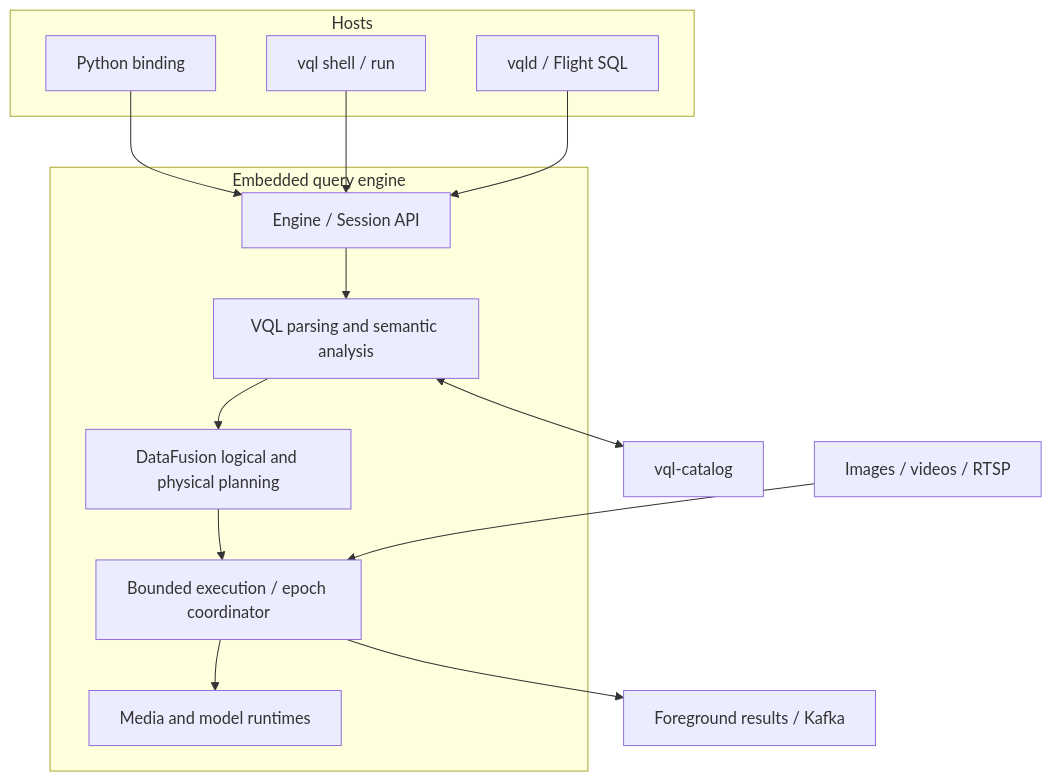
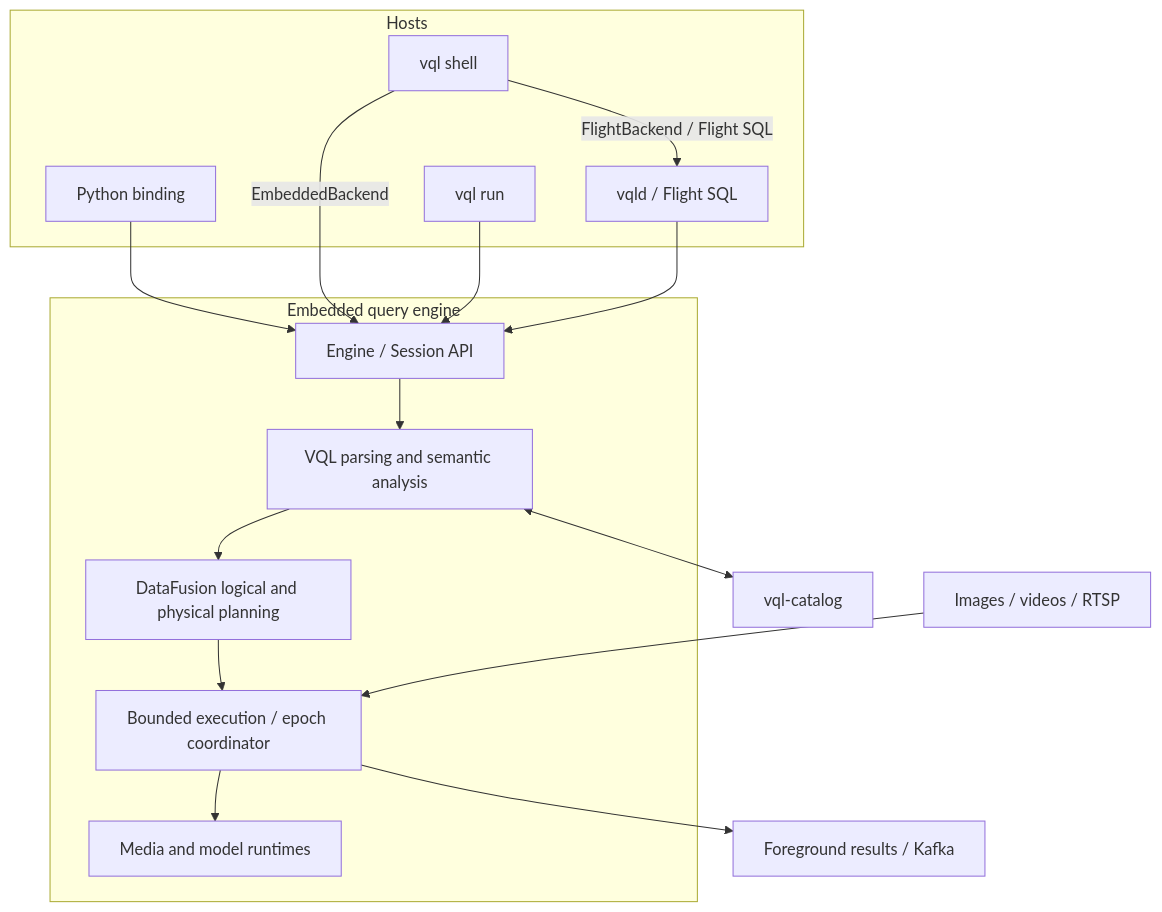
Before and after one commit to zhenlohuang/visionql: the diagram in docs/high_level_design.md, drawn with Mermaid. The commit also changed other lines of this file and 16 other files, not shown here.

````diff
--- a/docs/high_level_design.md
+++ b/docs/high_level_design.md
@@ -40,29 +40,32 @@
 ```mermaid
 flowchart TB
     subgraph HOSTS["Hosts"]
         PY["Python binding"]
-        CLI["vql shell / run"]
+        SHELL["vql shell"]
+        RUN["vql run"]
         DAEMON["vqld / Flight SQL"]
     end
 
     subgraph CORE["Embedded query engine"]
         ENTRY["Engine / Session API"]
         SQL["VQL parsing and semantic analysis"]
         PLAN["DataFusion logical and physical planning"]
         EXEC["Bounded execution / epoch coordinator"]
         RUNTIME["Media and model runtimes"]
     end
 
     CAT["vql-catalog"]
     SOURCES["Images / videos / RTSP"]
     SINKS["Foreground results / Kafka"]
 
     PY --> ENTRY
-    CLI --> ENTRY
+    SHELL -->|EmbeddedBackend| ENTRY
+    SHELL -->|FlightBackend / Flight SQL| DAEMON
+    RUN --> ENTRY
     DAEMON --> ENTRY
     ENTRY --> SQL
     SQL <--> CAT
     SQL --> PLAN --> EXEC
     EXEC --> RUNTIME
     SOURCES --> EXEC --> SINKS
 ```
````
